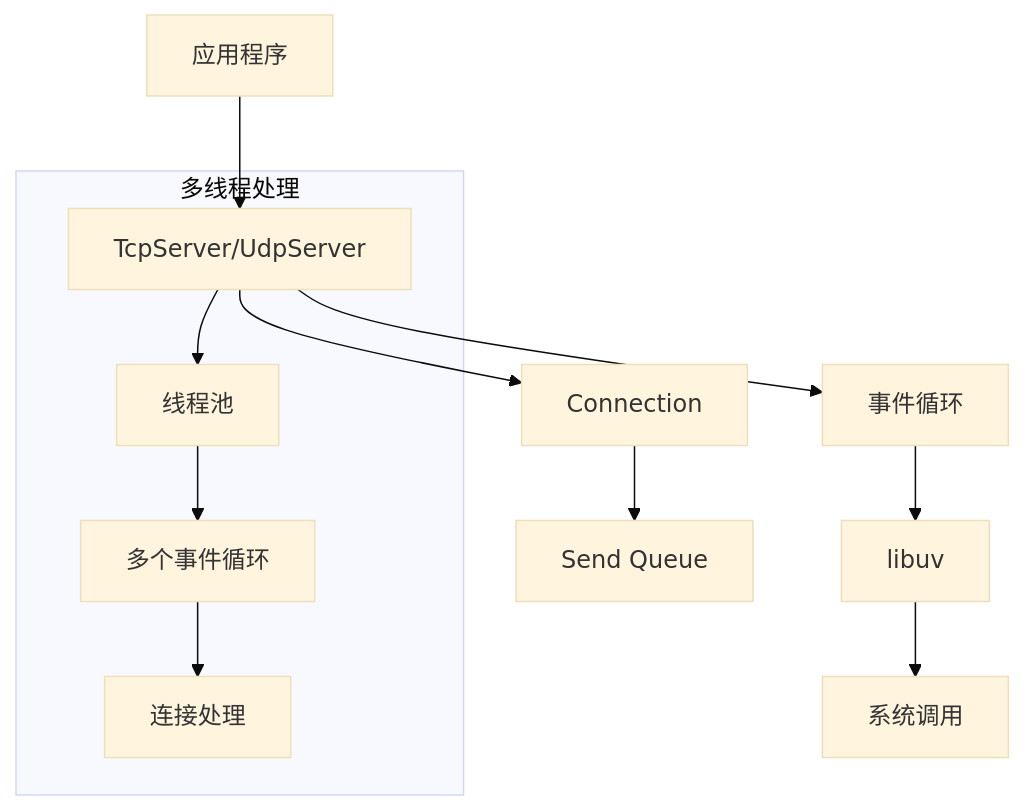
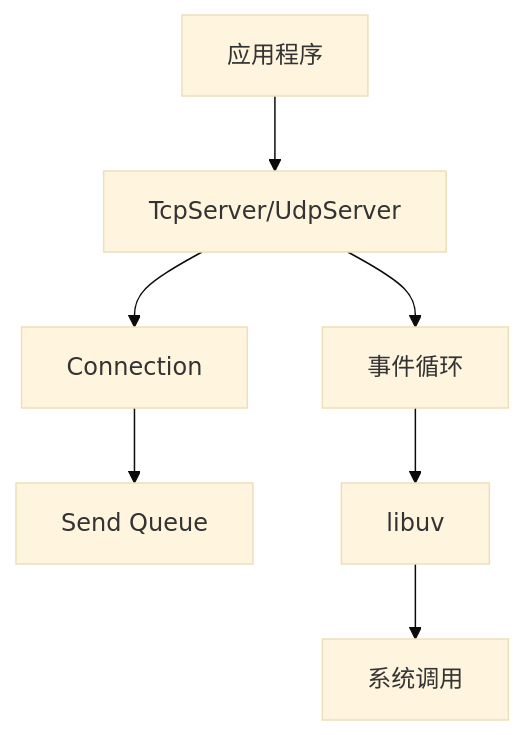
One commit to nullcore1024/libuv_server changed the diagram in README.md. Above: the diagram before and after it, drawn with Mermaid (base theme). The commit also changed other lines of this file and 5 other files, not shown here.

````diff
--- a/README.md
+++ b/README.md
@@ -19,15 +18,9 @@
 ```mermaid
 flowchart TD
     A[应用程序] --> B[TcpServer/UdpServer]
     B --> C[Connection]
     C --> D[Send Queue]
     B --> E[事件循环]
     E --> F[libuv]
     F --> G[系统调用]
-    
-    subgraph 多线程处理
-    B --> H[线程池]
-    H --> I[多个事件循环]
-    I --> J[连接处理]
-    end
 ```
````
